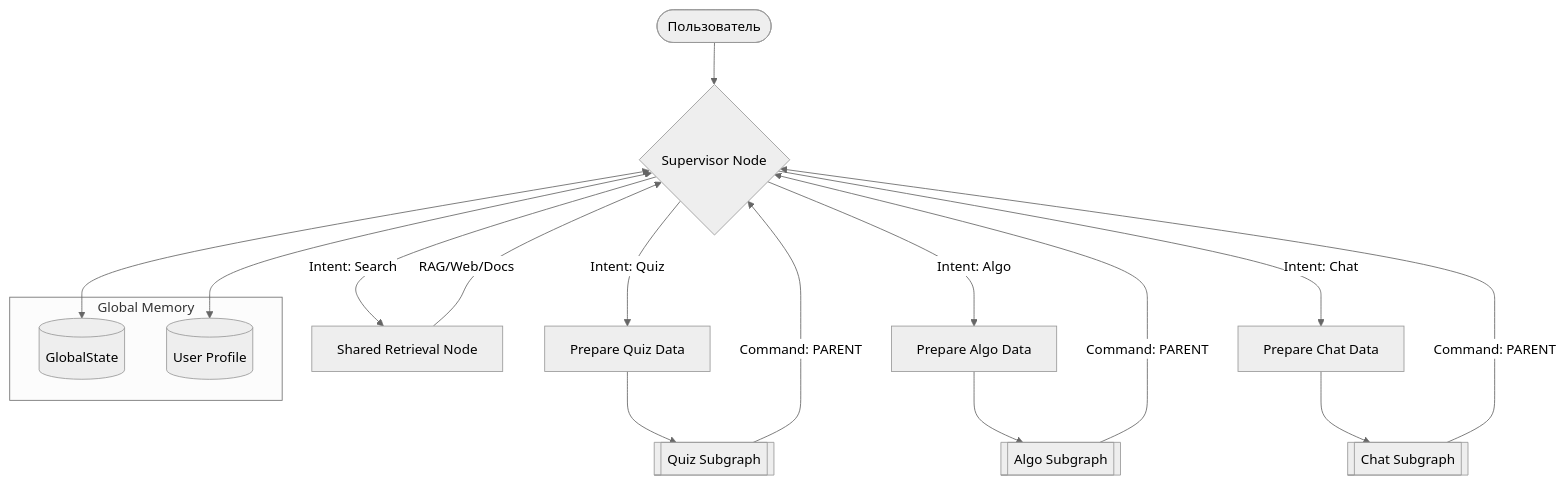
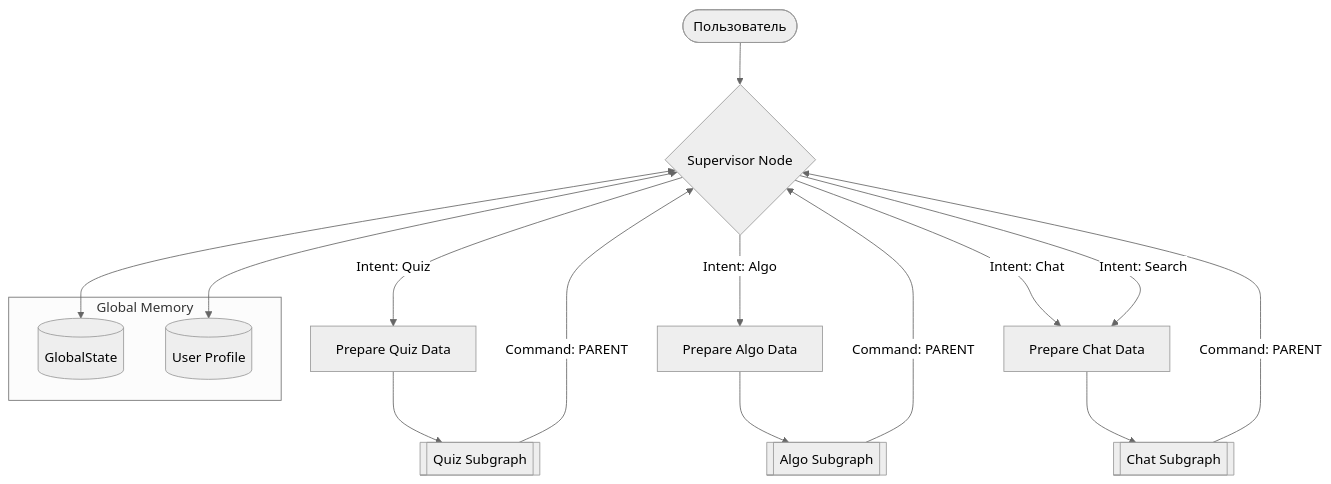
Before and after one commit to Lifelong-Learning-Assisttant/agent_service: the first of 5 diagrams in docs/agent_documentation.md, drawn with Mermaid (neutral theme). The commit also changed other lines of this file and 5 other files, not shown here.

````diff
--- a/docs/agent_documentation.md
+++ b/docs/agent_documentation.md
@@ -15,27 +15,25 @@
 ```mermaid
 graph TD
     User([Пользователь]) --> Supervisor{Supervisor Node}
     
     subgraph "Global Memory"
         State[(GlobalState)]
         Profile[(User Profile)]
     end
     
     Supervisor <--> State
     Supervisor <--> Profile
     
     Supervisor --"Intent: Quiz"--> QuizHandoff[Prepare Quiz Data]
     Supervisor --"Intent: Algo"--> AlgoHandoff[Prepare Algo Data]
     Supervisor --"Intent: Chat"--> ChatHandoff[Prepare Chat Data]
-    Supervisor --"Intent: Search"--> GlobalSearch[Shared Retrieval Node]
+    Supervisor --"Intent: Search"--> ChatHandoff
     
     QuizHandoff --> QuizGraph[[Quiz Subgraph]]
     AlgoHandoff --> AlgoGraph[[Algo Subgraph]]
     ChatHandoff --> ChatGraph[[Chat Subgraph]]
     
-    GlobalSearch --"RAG/Web/Docs"--> Supervisor
-    
     QuizGraph --"Command: PARENT"--> Supervisor
     AlgoGraph --"Command: PARENT"--> Supervisor
     ChatGraph --"Command: PARENT"--> Supervisor
 ```
````
